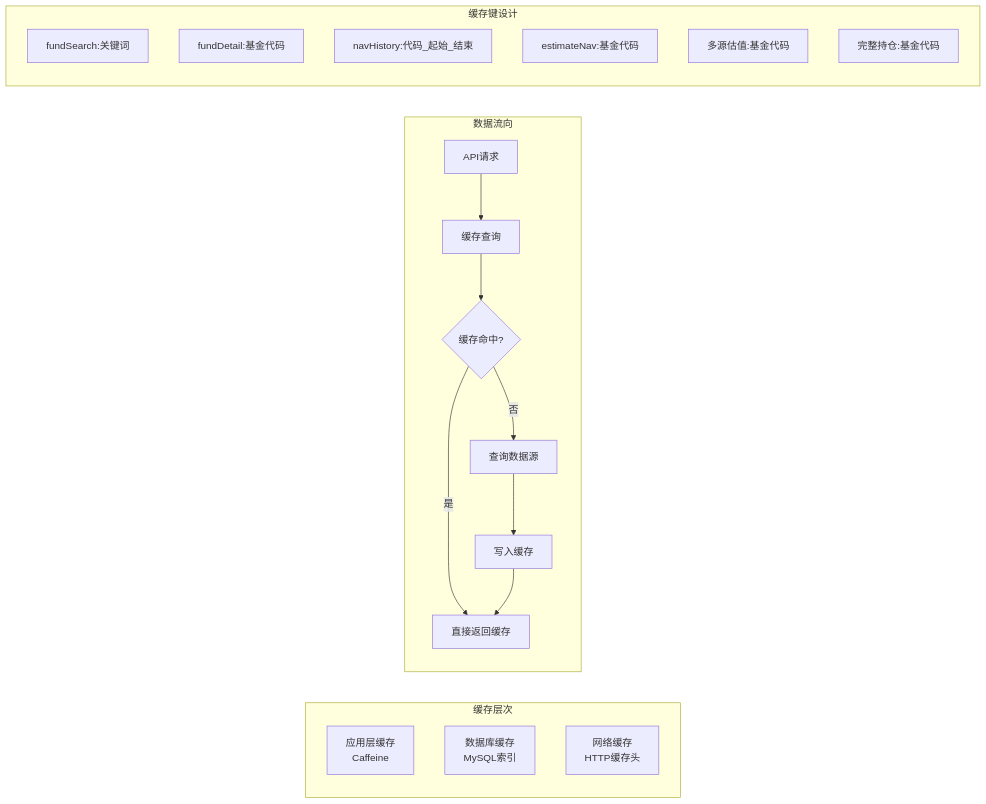
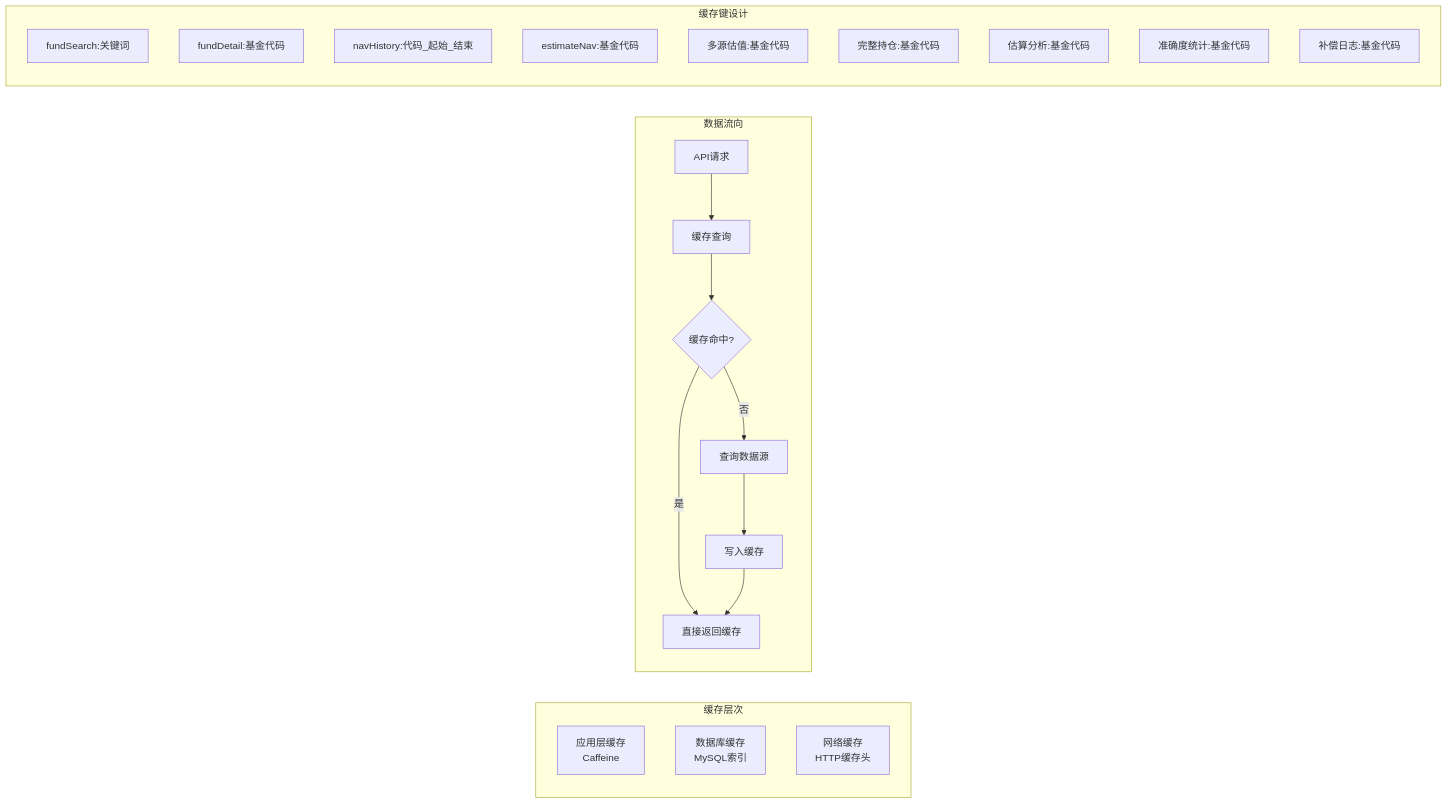
One commit to gree-coder/fund-butler changed diagram 11 of 28 in .qoder/repowiki/zh/content/核心功能开发/多源基金估值系统.md. Above: the diagram before and after it, drawn with Mermaid. The commit also changed other lines of this file and 15 other files, not shown here.

````diff
--- a/.qoder/repowiki/zh/content/核心功能开发/多源基金估值系统.md
+++ b/.qoder/repowiki/zh/content/核心功能开发/多源基金估值系统.md
@@ -397,24 +523,27 @@
 ```mermaid
 graph LR
 subgraph "缓存层次"
 A[应用层缓存<br/>Caffeine]
 B[数据库缓存<br/>MySQL索引]
 C[网络缓存<br/>HTTP缓存头]
 end
 subgraph "数据流向"
 D[API请求] --> E[缓存查询]
 E --> F{缓存命中?}
 F --> |是| G[直接返回缓存]
 F --> |否| H[查询数据源]
 H --> I[写入缓存]
 I --> G
 end
 subgraph "缓存键设计"
 J[fundSearch:关键词]
 K[fundDetail:基金代码]
 L[navHistory:代码_起始_结束]
 M[estimateNav:基金代码]
 N[多源估值:基金代码]
 O[完整持仓:基金代码]
+P[估算分析:基金代码]
+Q[准确度统计:基金代码]
+R[补偿日志:基金代码]
 end
 ```
````
